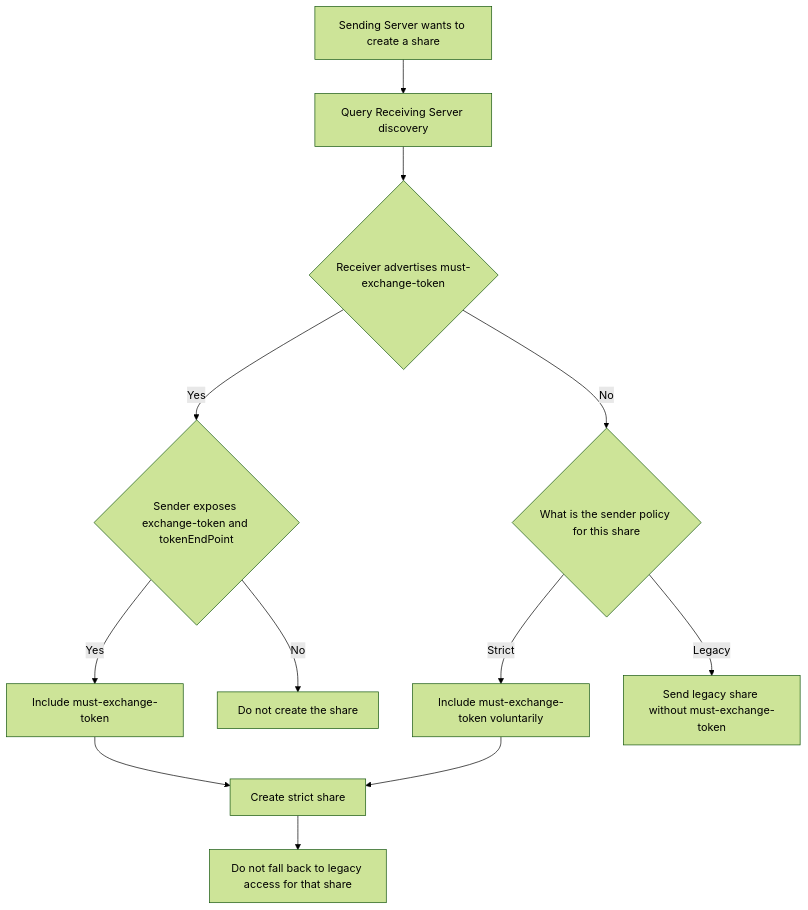
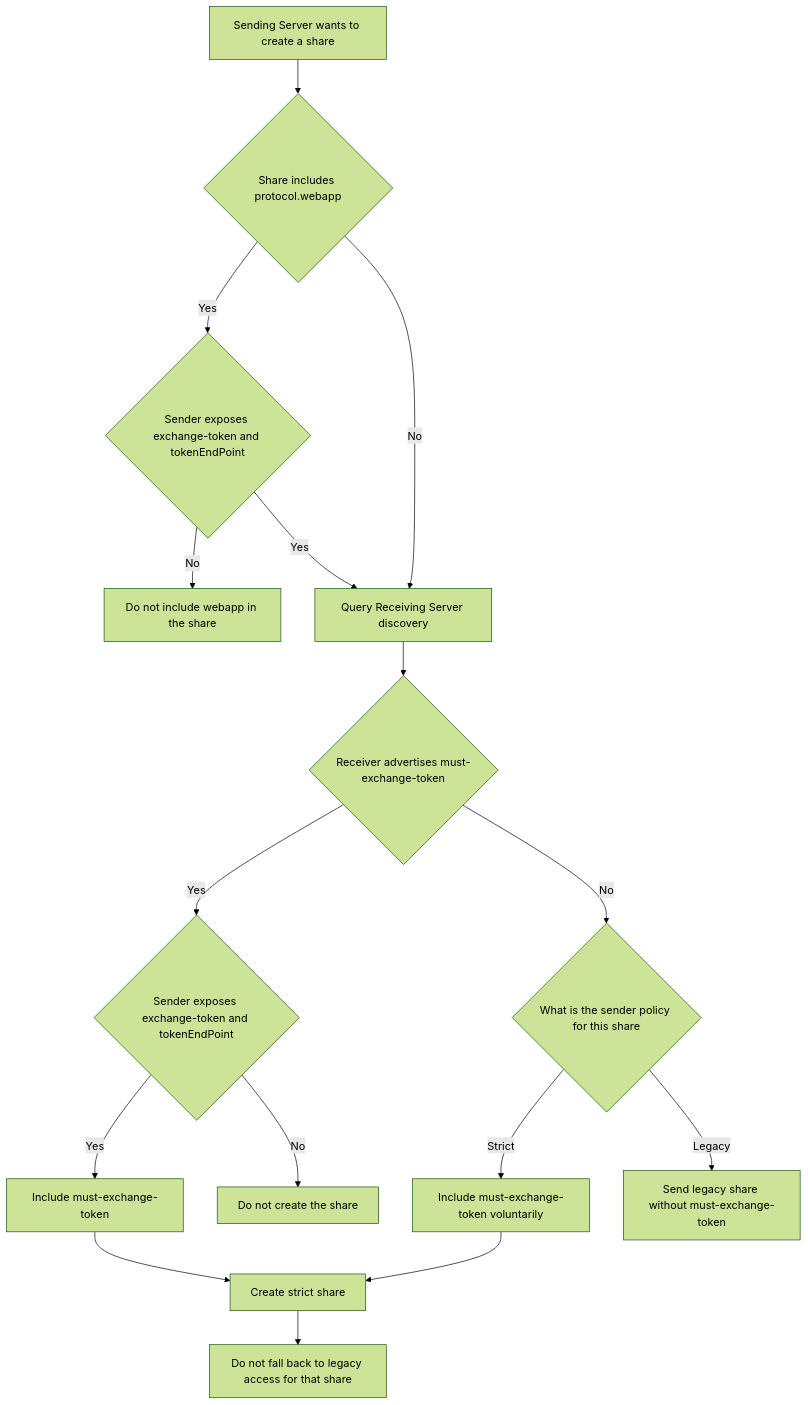
One commit to cs3org/OCM-API changed the diagram in diagrams/share-creation-preflight.md. Above: the diagram before and after it, drawn with Mermaid (forest theme). The commit also changed 1 other file, not shown here.

Commit message:
docs(diagrams): document webapp access flows

````diff
--- a/diagrams/share-creation-preflight.md
+++ b/diagrams/share-creation-preflight.md
@@ -1,17 +1,21 @@
 ```mermaid
 flowchart TD
     A["Sending Server wants to create a share"]
-    A --> B["Query Receiving Server discovery"]
+    A --> W{"Share includes protocol.webapp"}
+    W -- "Yes" --> X{"Sender exposes exchange-token and tokenEndPoint"}
+    X -- "No" --> Y["Do not include webapp in the share"]
+    X -- "Yes" --> B["Query Receiving Server discovery"]
+    W -- "No" --> B
     B --> C{"Receiver advertises must-exchange-token"}
 
     C -- "Yes" --> D{"Sender exposes exchange-token and tokenEndPoint"}
     D -- "Yes" --> E["Include must-exchange-token"]
     E --> F["Create strict share"]
     F --> G["Do not fall back to legacy access for that share"]
     D -- "No" --> H["Do not create the share"]
 
     C -- "No" --> I{"What is the sender policy for this share"}
     I -- "Strict" --> J["Include must-exchange-token voluntarily"]
     J --> F
     I -- "Legacy" --> K["Send legacy share without must-exchange-token"]
 ```
````
